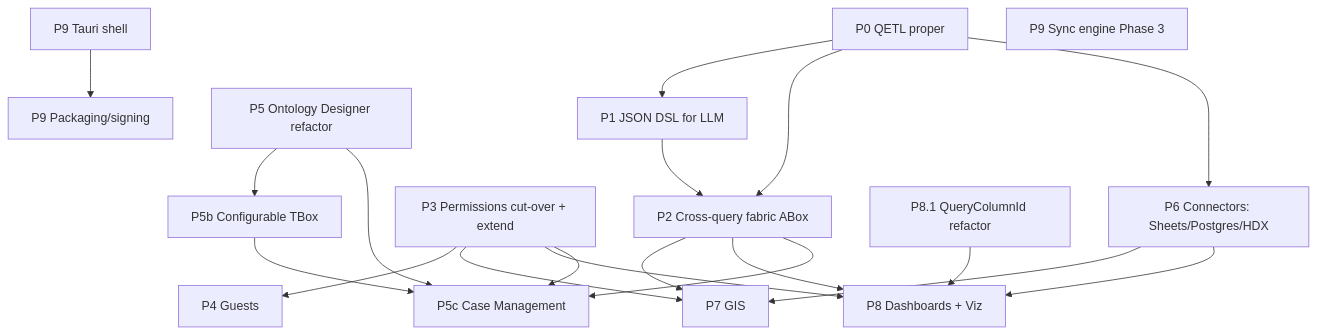
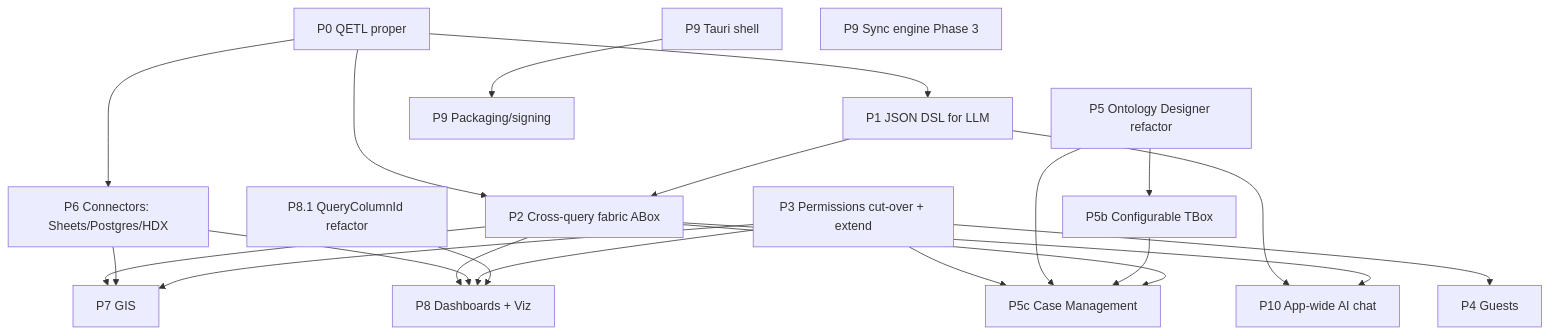
One commit to AvandarLabs/avandar changed the diagram in docs/production-plan-world-humanitarian-day.md. Above: the diagram before and after it, drawn with Mermaid. The commit also changed other lines of this file, not shown here.

First line of the commit message:
docs: add P10 app-wide AI chat + chat sessions

````diff
--- a/docs/production-plan-world-humanitarian-day.md
+++ b/docs/production-plan-world-humanitarian-day.md
@@ -412,26 +450,29 @@
 ```mermaid
 flowchart TD
   P0[P0 QETL proper] --> P1[P1 JSON DSL for LLM]
   P0 --> P2[P2 Cross-query fabric ABox]
   P1 --> P2
   P0 --> P6[P6 Connectors: Sheets/Postgres/HDX]
   P2 --> P7[P7 GIS]
   P2 --> P8[P8 Dashboards + Viz]
   P6 --> P7
   P6 --> P8
 
   P3[P3 Permissions cut-over + extend] --> P4[P4 Guests]
   P3 --> P7
   P3 --> P8
   P3 --> P5c[P5c Case Management]
 
   P5[P5 Ontology Designer refactor] --> P5b[P5b Configurable TBox]
   P5 --> P5c
   P5b --> P5c
   P2 --> P5c
 
   P8A[P8.1 QueryColumnId refactor] --> P8
 
   P9shell[P9 Tauri shell] --> P9pkg[P9 Packaging/signing]
   P9sync[P9 Sync engine Phase 3]
+
+  P1 --> P10[P10 App-wide AI chat]
+  P2 --> P10
 ```
````
